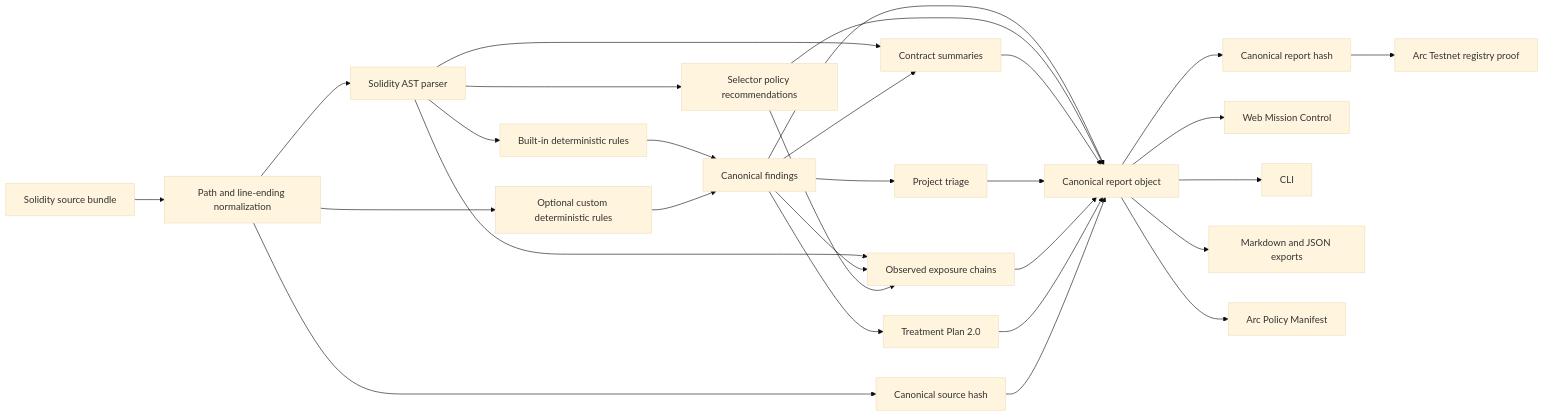
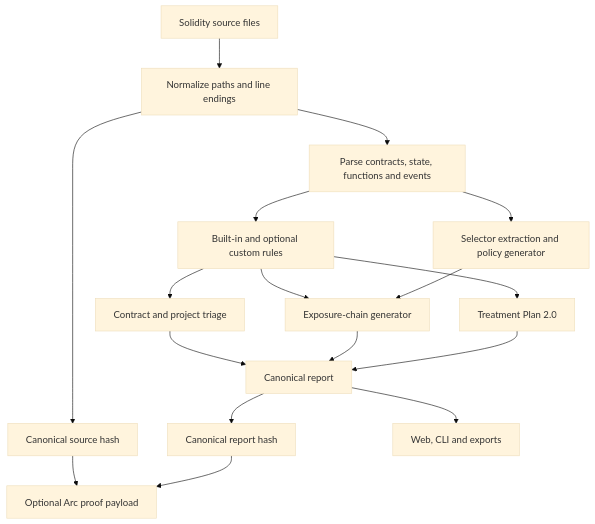
The diagram in docs/architecture.md (CryptoDombili/veilforge), drawn with Mermaid (base theme) before and after one commit. The commit also changed other lines of this file and 162 other files, not shown here.

````diff
--- a/docs/architecture.md
+++ b/docs/architecture.md
@@ -5,31 +43,19 @@
 ```mermaid
-flowchart LR
-    A[Solidity source bundle] --> B[Path and line-ending normalization]
-    B --> C[Solidity AST parser]
-    C --> D[Built-in deterministic rules]
-    B --> E[Optional custom deterministic rules]
-    D --> F[Canonical findings]
-    E --> F
-    C --> G[Selector policy recommendations]
-    C --> H[Contract summaries]
-    F --> H
-    F --> I[Project triage]
-    C --> J[Observed exposure chains]
-    F --> J
-    G --> J
-    F --> K[Treatment Plan 2.0]
-    B --> L[Canonical source hash]
-    F --> M[Canonical report object]
-    G --> M
-    H --> M
-    I --> M
-    J --> M
+flowchart TD
+    A[Solidity source files] --> B[Normalize paths and line endings]
+    B --> C[Parse contracts, state, functions and events]
+    C --> D[Built-in and optional custom rules]
+    C --> E[Selector extraction and policy generator]
+    D --> F[Contract and project triage]
+    D --> G[Exposure-chain generator]
+    D --> H[Treatment Plan 2.0]
+    E --> G
+    F --> I[Canonical report]
+    G --> I
+    H --> I
+    B --> J[Canonical source hash]
+    I --> K[Canonical report hash]
+    I --> L[Web, CLI and exports]
+    J --> M[Optional Arc proof payload]
     K --> M
-    L --> M
-    M --> N[Canonical report hash]
-    M --> O[Web Mission Control]
-    M --> P[CLI]
-    M --> Q[Markdown and JSON exports]
-    M --> R[Arc Policy Manifest]
-    N --> S[Arc Testnet registry proof]
 ```
````
